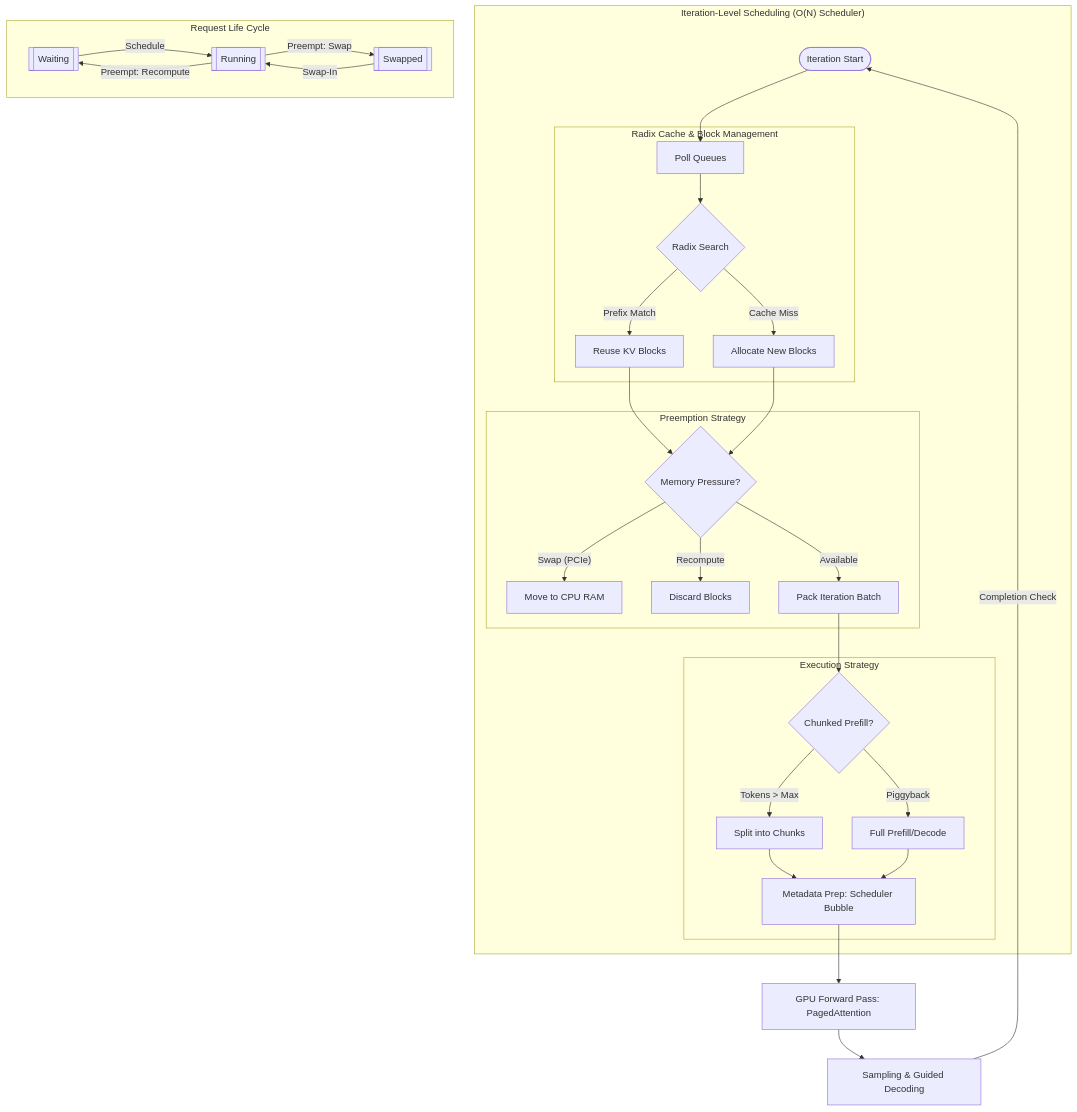
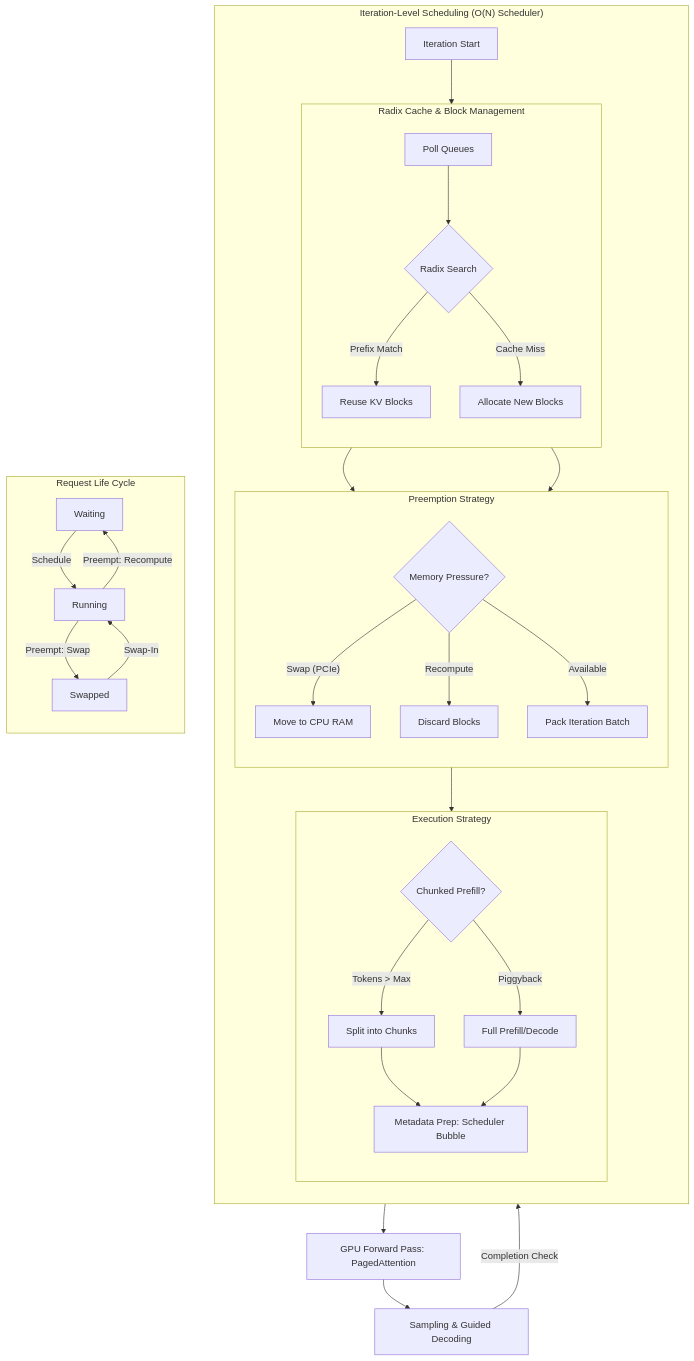
Before and after one commit to quanhua92/tutorials: the diagram in vllm/courses/chapter_03_continuous_batching.md, drawn with Mermaid. The commit also changed 10 other files, not shown here.

Commit message:
chore: improve vllm course mermaid styles

````diff
--- a/vllm/courses/chapter_03_continuous_batching.md
+++ b/vllm/courses/chapter_03_continuous_batching.md
@@ -3,40 +3,45 @@
 ```mermaid
-graph TB
+flowchart TB
     subgraph Scheduling_Iteration ["Iteration-Level Scheduling (O(N) Scheduler)"]
-        S(["Iteration Start"]) --> PQ["Poll Queues"]
+        direction TB
+        S["Iteration Start"] --> PQ["Poll Queues"]
         
         subgraph KV_Management ["Radix Cache & Block Management"]
+            direction TB
             PQ --> Radix{"Radix Search"}
             Radix -- "Prefix Match" --> Reuse["Reuse KV Blocks"]
             Radix -- "Cache Miss" --> Alloc["Allocate New Blocks"]
         end
 
         subgraph Preemption_Logic ["Preemption Strategy"]
+            direction TB
             Reuse --> Mem{"Memory Pressure?"}
             Alloc --> Mem
             Mem -- "Swap (PCIe)" --> SwapOut["Move to CPU RAM"]
             Mem -- "Recompute" --> Evict["Discard Blocks"]
             Mem -- "Available" --> Batch["Pack Iteration Batch"]
         end
 
         subgraph Batch_Execution ["Execution Strategy"]
+            direction TB
             Batch --> CP{"Chunked Prefill?"}
             CP -- "Tokens > Max" --> Chunk["Split into Chunks"]
             CP -- "Piggyback" --> Full["Full Prefill/Decode"]
             
             Chunk --> Meta["Metadata Prep: Scheduler Bubble"]
             Full --> Meta
         end
     end
 
     subgraph State_Transitions ["Request Life Cycle"]
-        W[[Waiting]] -- "Schedule" --> R[[Running]]
-        R -- "Preempt: Swap" --> Sw[[Swapped]]
+        direction TB
+        W["Waiting"] -- "Schedule" --> R["Running"]
+        R -- "Preempt: Swap" --> Sw["Swapped"]
         Sw -- "Swap-In" --> R
         R -- "Preempt: Recompute" --> W
     end
 
     Meta --> GPU["GPU Forward Pass: PagedAttention"]
     GPU --> Sample["Sampling & Guided Decoding"]
     Sample -->| Completion Check | S
 ```
````
